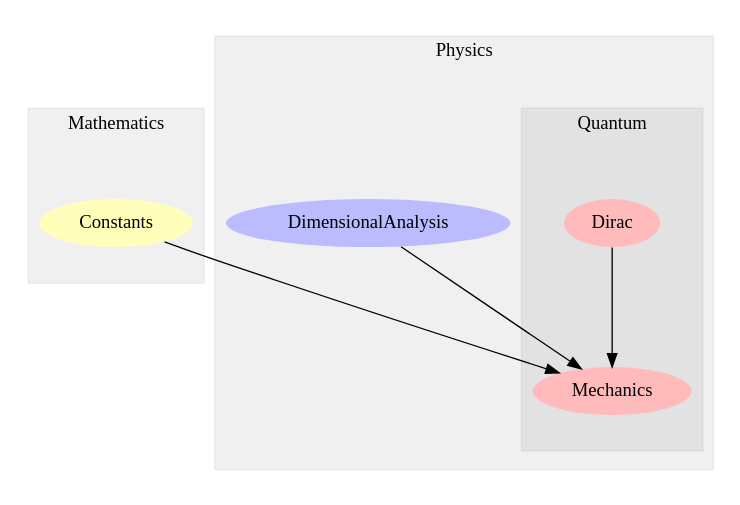
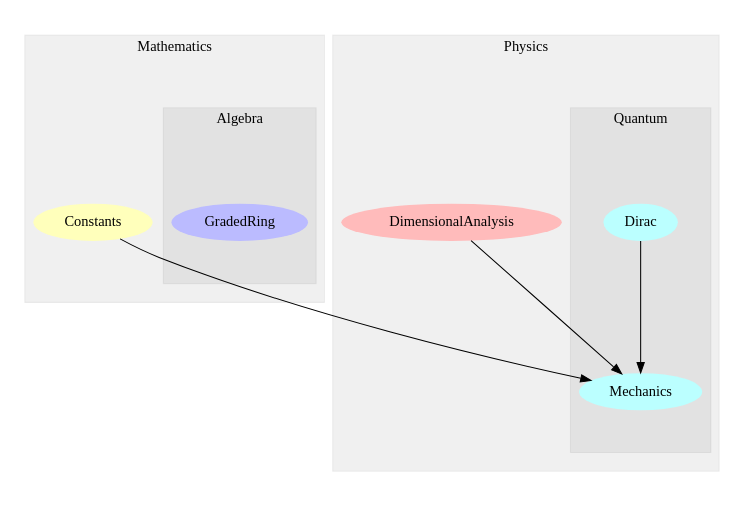
The diagram in Modules.dot (wi11dey/Physikell), drawn with Graphviz before and after one commit. The commit also changed 3 other files, not shown here.

```diff
--- a/Modules.dot
+++ b/Modules.dot
@@ -1,38 +1,47 @@
 digraph G {
     graph [size="6,4"];
     graph [ratio=fill];
     subgraph cluster_0 {
         graph [label=Mathematics];
         graph [color="#0000000f"];
         graph [style=filled];
-        u0 [label=Constants
+        u1 [label=Constants
            ,style=filled
            ,fillcolor="#ffffbb"
            ,penwidth=0];
+        subgraph cluster_1 {
+            graph [label=Algebra];
+            graph [color="#0000000f"];
+            graph [style=filled];
+            u0 [label=GradedRing
+               ,style=filled
+               ,fillcolor="#bbbbff"
+               ,penwidth=0];
+        }
     }
-    subgraph cluster_1 {
+    subgraph cluster_2 {
         graph [label=Physics];
         graph [color="#0000000f"];
         graph [style=filled];
-        u1 [label=DimensionalAnalysis
+        u2 [label=DimensionalAnalysis
            ,style=filled
-           ,fillcolor="#bbbbff"
+           ,fillcolor="#ffbbbb"
            ,penwidth=0];
-        subgraph cluster_2 {
+        subgraph cluster_3 {
             graph [label=Quantum];
             graph [color="#0000000f"];
             graph [style=filled];
-            u2 [label=Dirac
+            u3 [label=Dirac
                ,style=filled
-               ,fillcolor="#ffbbbb"
+               ,fillcolor="#bbffff"
                ,penwidth=0];
-            u3 [label=Mechanics
+            u4 [label=Mechanics
                ,style=filled
-               ,fillcolor="#ffbbbb"
+               ,fillcolor="#bbffff"
                ,penwidth=0];
         }
     }
-    u0 -> u3;
-    u1 -> u3;
-    u2 -> u3;
+    u1 -> u4;
+    u2 -> u4;
+    u3 -> u4;
 }
```
